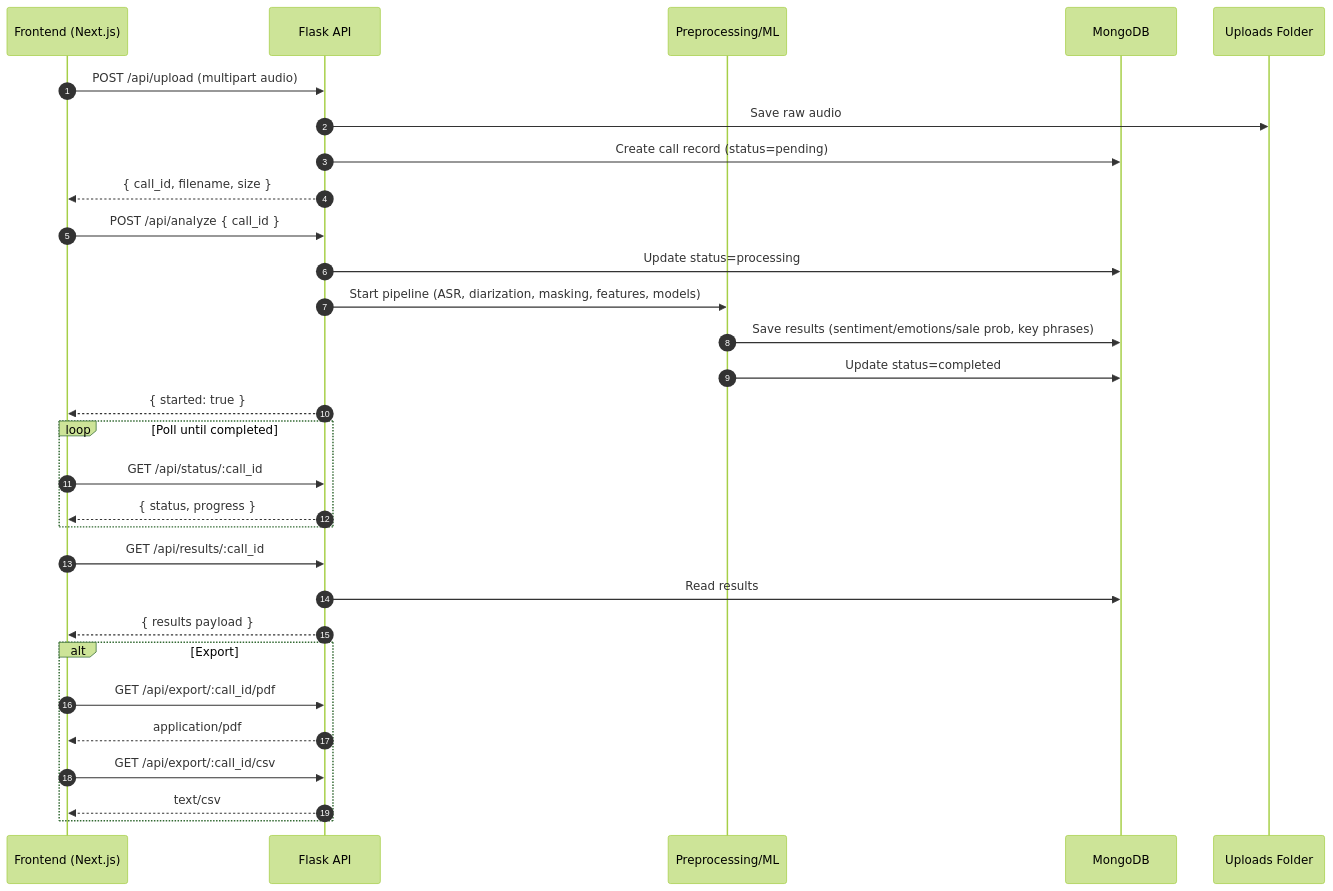
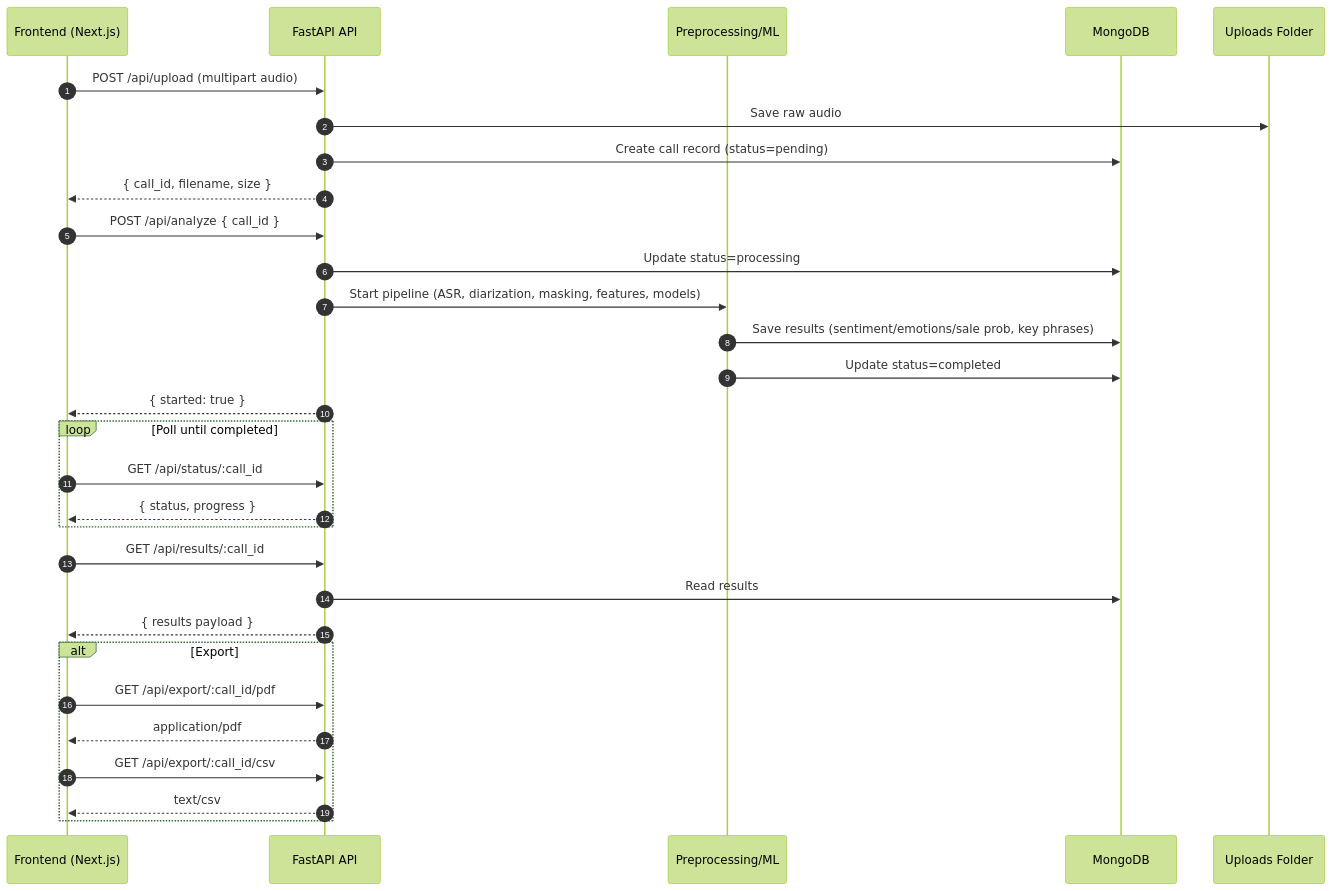
The third of 3 diagrams in Document/ARCHITECTURE_DIAGRAMS.md (NxtGen-Dev-ZAH/RealtimeCallSemanticAnal), drawn with Mermaid (forest theme) before and after one commit. The commit also changed other lines of this file and 53 other files, not shown here.

````diff
--- a/Document/ARCHITECTURE_DIAGRAMS.md
+++ b/Document/ARCHITECTURE_DIAGRAMS.md
@@ -130,37 +130,37 @@
 ```mermaid
 sequenceDiagram
   autonumber
   participant UI as Frontend (Next.js)
-  participant API as Flask API
+  participant API as FastAPI API
   participant PRE as Preprocessing/ML
   participant DB as MongoDB
   participant FS as Uploads Folder
 
   UI->>API: POST /api/upload (multipart audio)
   API->>FS: Save raw audio
   API->>DB: Create call record (status=pending)
   API-->>UI: { call_id, filename, size }
 
   UI->>API: POST /api/analyze { call_id }
   API->>DB: Update status=processing
   API->>PRE: Start pipeline (ASR, diarization, masking, features, models)
   PRE->>DB: Save results (sentiment/emotions/sale prob, key phrases)
   PRE->>DB: Update status=completed
   API-->>UI: { started: true }
 
   loop Poll until completed
     UI->>API: GET /api/status/:call_id
     API-->>UI: { status, progress }
   end
 
   UI->>API: GET /api/results/:call_id
   API->>DB: Read results
   API-->>UI: { results payload }
 
   alt Export
     UI->>API: GET /api/export/:call_id/pdf
     API-->>UI: application/pdf
     UI->>API: GET /api/export/:call_id/csv
     API-->>UI: text/csv
   end
 ```
````
